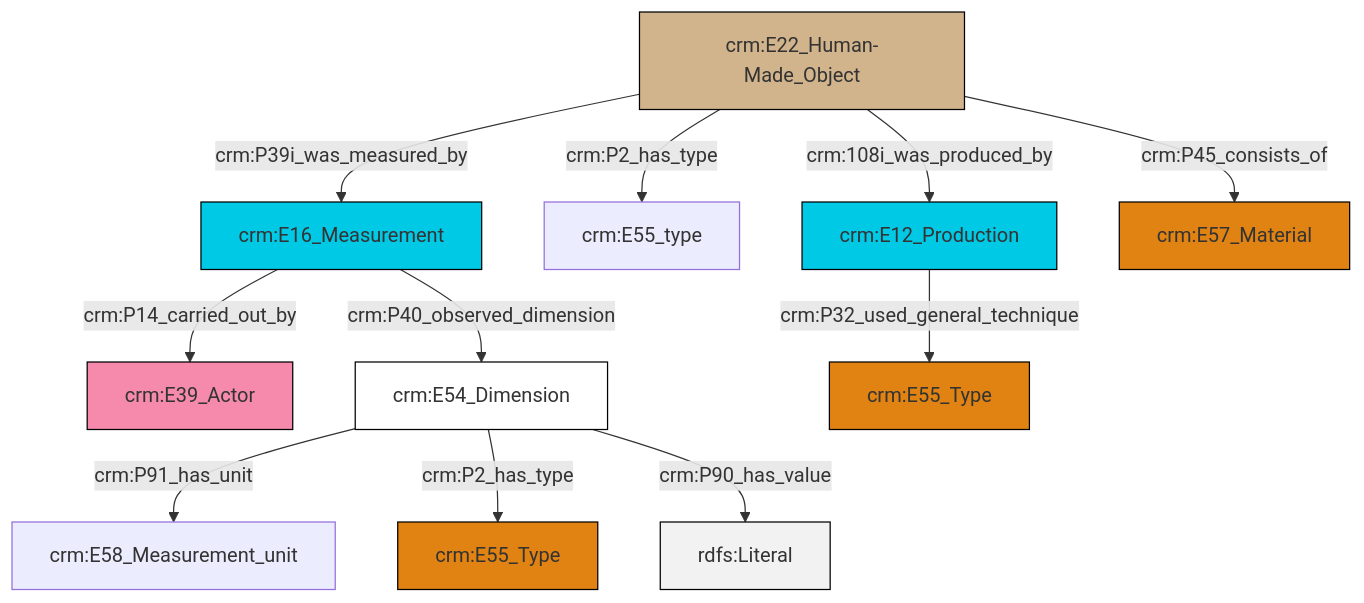
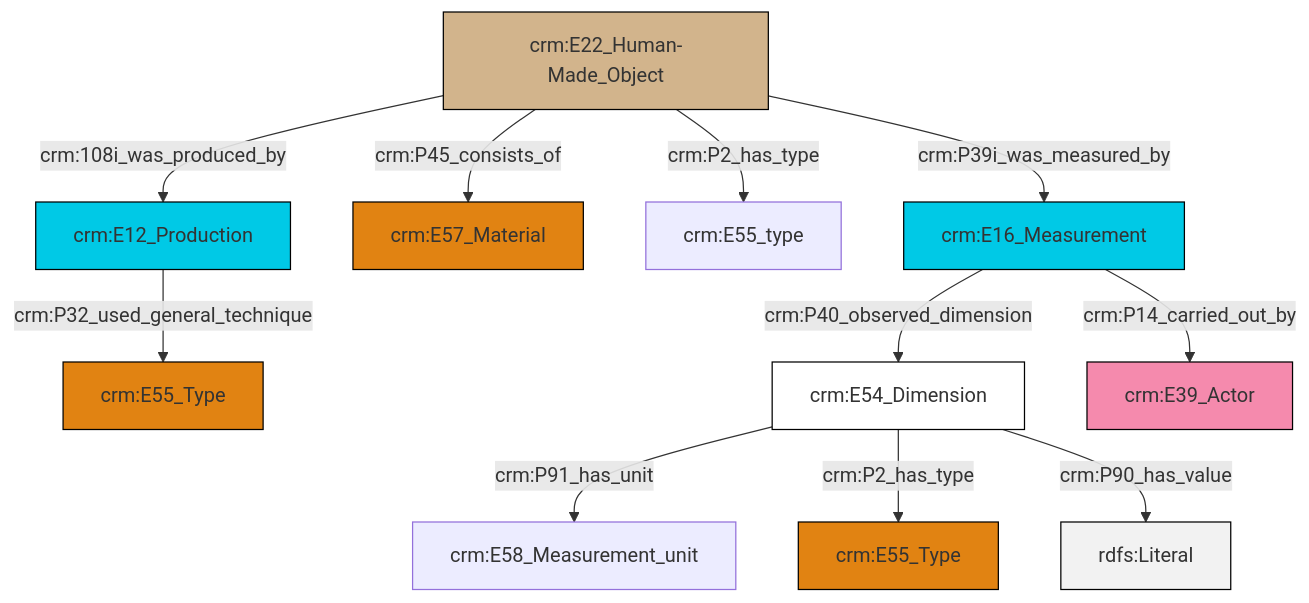
One commit to swiss-art-research-net/docs.swissartresearch changed the diagram in et/artworkCSV/ttl/mmd/Artwork_substance.ttl.mmd. Above: the diagram before and after it, drawn with Mermaid. The commit also changed 175 other files, not shown here.

```diff
--- a/et/artworkCSV/ttl/mmd/Artwork_substance.ttl.mmd
+++ b/et/artworkCSV/ttl/mmd/Artwork_substance.ttl.mmd
@@ -1,25 +1,25 @@
 graph TD
 classDef Literal fill:#f2f2f2,stroke:#000000;
 classDef CRM_Entity fill:#FFFFFF,stroke:#000000;
 classDef Temporal_Entity fill:#00C9E6, stroke:#000000;
 classDef Type fill:#E18312, stroke:#000000;
 classDef Time-Span fill:#2C9C91, stroke:#000000;
 classDef Appellation fill:#FFEB7F, stroke:#000000;
 classDef Place fill:#008836, stroke:#000000;
 classDef Persistent_Item fill:#B266B2, stroke:#000000;
 classDef Conceptual_Object fill:#FFD700, stroke:#000000;
 classDef Physical_Thing fill:#D2B48C, stroke:#000000;
 classDef Actor fill:#f58aad, stroke:#000000;
 classDef PC_Classes fill:#4ce600, stroke:#000000;
 classDef Multi fill:#cccccc,stroke:#000000;
 
-4["crm:E16_Measurement"]:::Temporal_Entity -->|crm:P14_carried_out_by| 0["crm:E39_Actor"]:::Actor
-7["crm:E54_Dimension"]:::CRM_Entity -->|crm:P91_has_unit| 8["crm:E58_Measurement_unit"]:::Default
-2["crm:E22_Human-Made_Object"]:::Physical_Thing -->|crm:P39i_was_measured_by| 4["crm:E16_Measurement"]:::Temporal_Entity
-4["crm:E16_Measurement"]:::Temporal_Entity -->|crm:P40_observed_dimension| 7["crm:E54_Dimension"]:::CRM_Entity
-2["crm:E22_Human-Made_Object"]:::Physical_Thing -->|crm:108i_was_produced_by| 9["crm:E12_Production"]:::Temporal_Entity
-7["crm:E54_Dimension"]:::CRM_Entity -->|crm:P2_has_type| 10["crm:E55_Type"]:::Type
-2["crm:E22_Human-Made_Object"]:::Physical_Thing -->|crm:P45_consists_of| 13["crm:E57_Material"]:::Type
-9["crm:E12_Production"]:::Temporal_Entity -->|crm:P32_used_general_technique| 14["crm:E55_Type"]:::Type
-7["crm:E54_Dimension"]:::CRM_Entity -->|crm:P90_has_value| 19[rdfs:Literal]:::Literal
-2["crm:E22_Human-Made_Object"]:::Physical_Thing -->|crm:P2_has_type| 5["crm:E55_type"]:::Default
+2["crm:E16_Measurement"]:::Temporal_Entity -->|crm:P40_observed_dimension| 3["crm:E54_Dimension"]:::CRM_Entity
+4["crm:E22_Human-Made_Object"]:::Physical_Thing -->|crm:108i_was_produced_by| 5["crm:E12_Production"]:::Temporal_Entity
+2["crm:E16_Measurement"]:::Temporal_Entity -->|crm:P14_carried_out_by| 8["crm:E39_Actor"]:::Actor
+3["crm:E54_Dimension"]:::CRM_Entity -->|crm:P91_has_unit| 11["crm:E58_Measurement_unit"]:::Default
+4["crm:E22_Human-Made_Object"]:::Physical_Thing -->|crm:P45_consists_of| 9["crm:E57_Material"]:::Type
+3["crm:E54_Dimension"]:::CRM_Entity -->|crm:P2_has_type| 0["crm:E55_Type"]:::Type
+4["crm:E22_Human-Made_Object"]:::Physical_Thing -->|crm:P2_has_type| 17["crm:E55_type"]:::Default
+5["crm:E12_Production"]:::Temporal_Entity -->|crm:P32_used_general_technique| 6["crm:E55_Type"]:::Type
+3["crm:E54_Dimension"]:::CRM_Entity -->|crm:P90_has_value| 19[rdfs:Literal]:::Literal
+4["crm:E22_Human-Made_Object"]:::Physical_Thing -->|crm:P39i_was_measured_by| 2["crm:E16_Measurement"]:::Temporal_Entity
```
